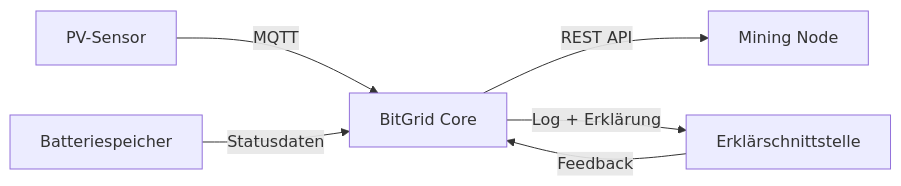
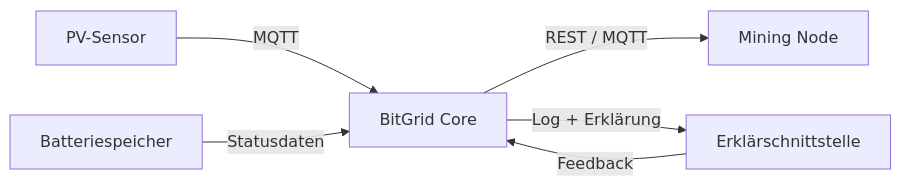
Before and after one commit to bitgrid-research/BitGridAI: the first of 2 diagrams in docs/architecture/06_runtime_view.md, drawn with Mermaid. The commit also changed other lines of this file, not shown here.

````diff
--- a/docs/architecture/06_runtime_view.md
+++ b/docs/architecture/06_runtime_view.md
@@ -35,8 +33,8 @@
 ```mermaid
 flowchart LR
     PV[PV-Sensor] -->|MQTT| Core[BitGrid Core]
     Battery[Batteriespeicher] -->|Statusdaten| Core
-    Core -->|REST API| Miner[Mining Node]
+    Core -->|REST / MQTT| Miner[Mining Node]
     Core -->|Log + Erklärung| UI[Erklärschnittstelle]
     UI -->|Feedback| Core
 ```
````
